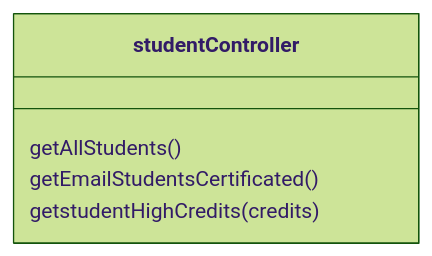
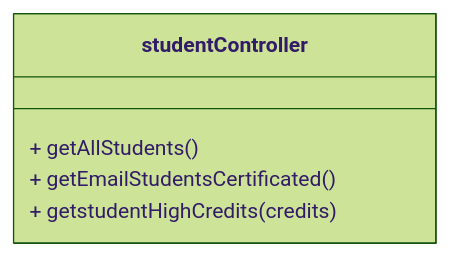
The third of 4 diagrams in README.md (EslebanPerez/Visual-Thinking-API), drawn with Mermaid (forest theme) before and after one commit. The commit also changed other lines of this file, not shown here.

````diff
--- a/README.md
+++ b/README.md
@@ -60,8 +60,8 @@
 ``` mermaid
 classDiagram
 class studentController {
-  getAllStudents()
-  getEmailStudentsCertificated()
-  getstudentHighCredits(credits)
+  + getAllStudents()
+  + getEmailStudentsCertificated()
+  + getstudentHighCredits(credits)
 }
 ```
````
